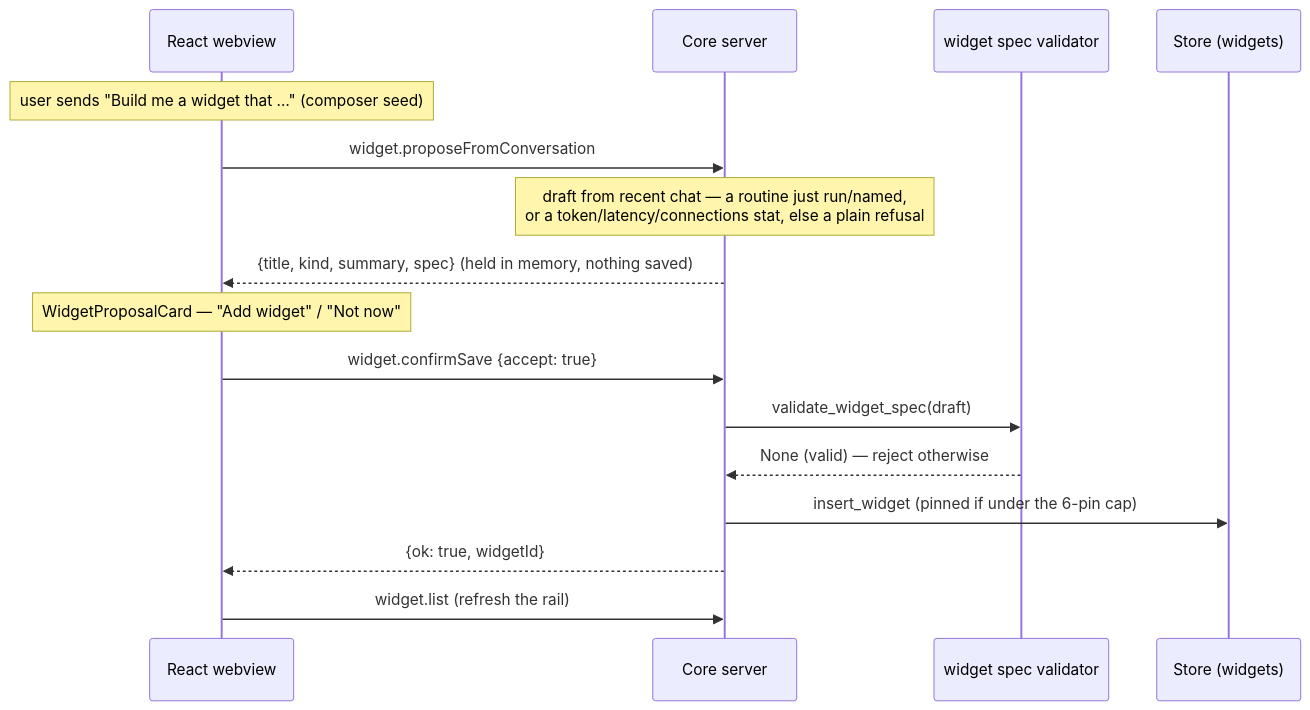
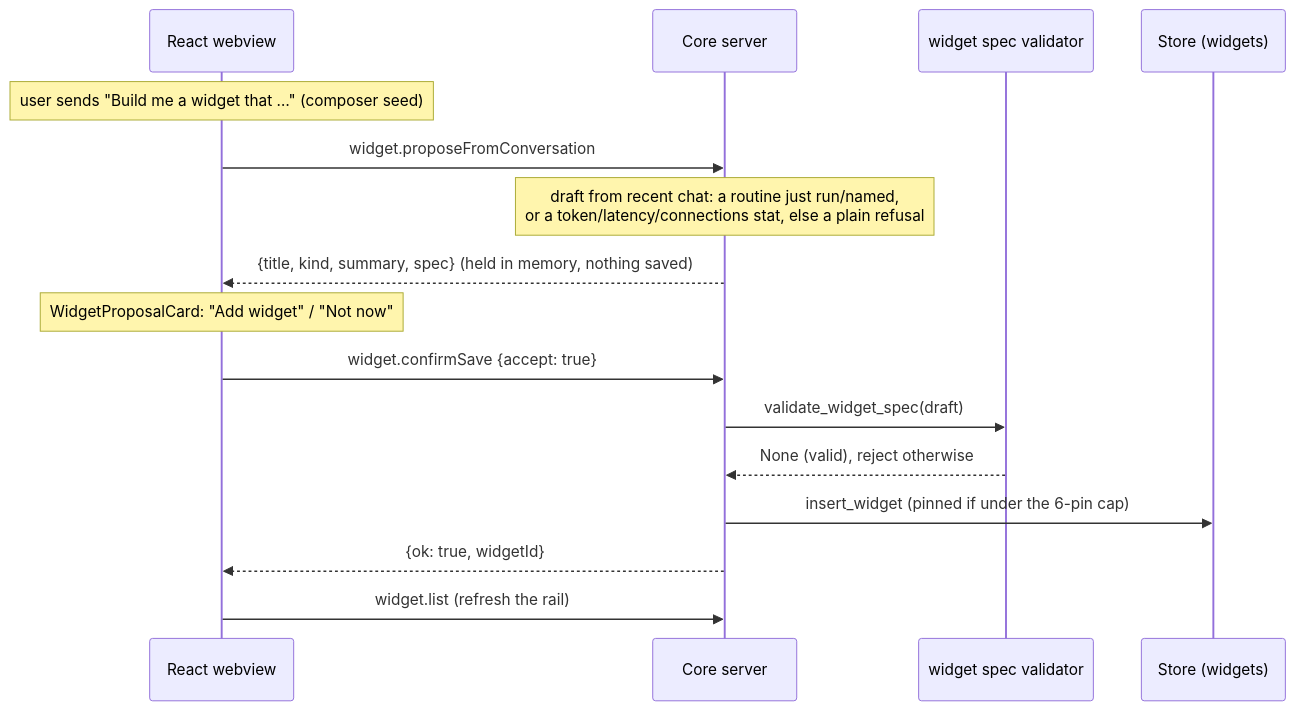
One commit to N041M/Addison changed the eighth of 16 diagrams in docs/flows.md. Above: the diagram before and after it, drawn with Mermaid. The commit also changed other lines of this file and 27 other files, not shown here.

````diff
--- a/docs/flows.md
+++ b/docs/flows.md
@@ -311,19 +311,19 @@
 ```mermaid
 sequenceDiagram
     participant WV as React webview
     participant SRV as Core server
     participant W as widget spec validator
     participant DB as Store (widgets)
 
     Note over WV: user sends "Build me a widget that …" (composer seed)
     WV->>SRV: widget.proposeFromConversation
-    Note over SRV: draft from recent chat — a routine just run/named,<br/>or a token/latency/connections stat, else a plain refusal
+    Note over SRV: draft from recent chat: a routine just run/named,<br/>or a token/latency/connections stat, else a plain refusal
     SRV-->>WV: {title, kind, summary, spec}  (held in memory, nothing saved)
-    Note over WV: WidgetProposalCard — "Add widget" / "Not now"
+    Note over WV: WidgetProposalCard: "Add widget" / "Not now"
     WV->>SRV: widget.confirmSave {accept: true}
     SRV->>W: validate_widget_spec(draft)
-    W-->>SRV: None (valid) — reject otherwise
+    W-->>SRV: None (valid), reject otherwise
     SRV->>DB: insert_widget (pinned if under the 6-pin cap)
     SRV-->>WV: {ok: true, widgetId}
     WV->>SRV: widget.list (refresh the rail)
 ```
````
